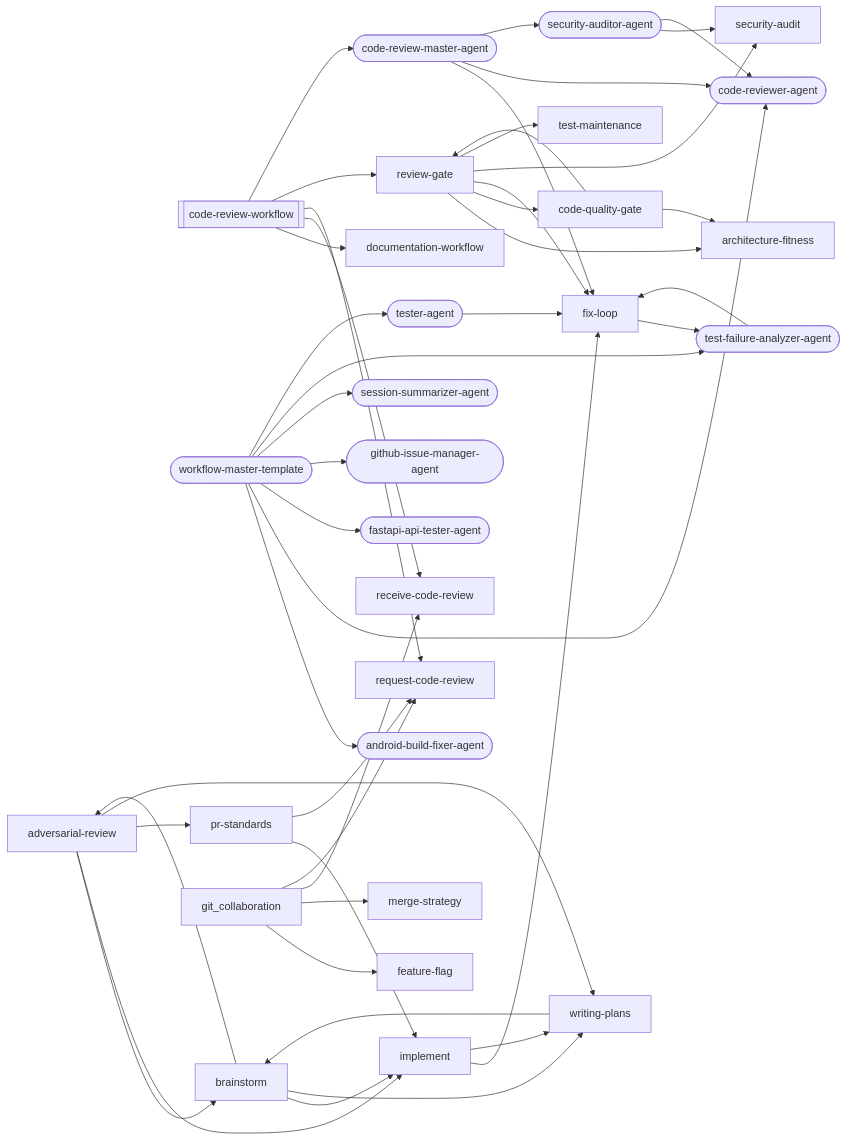
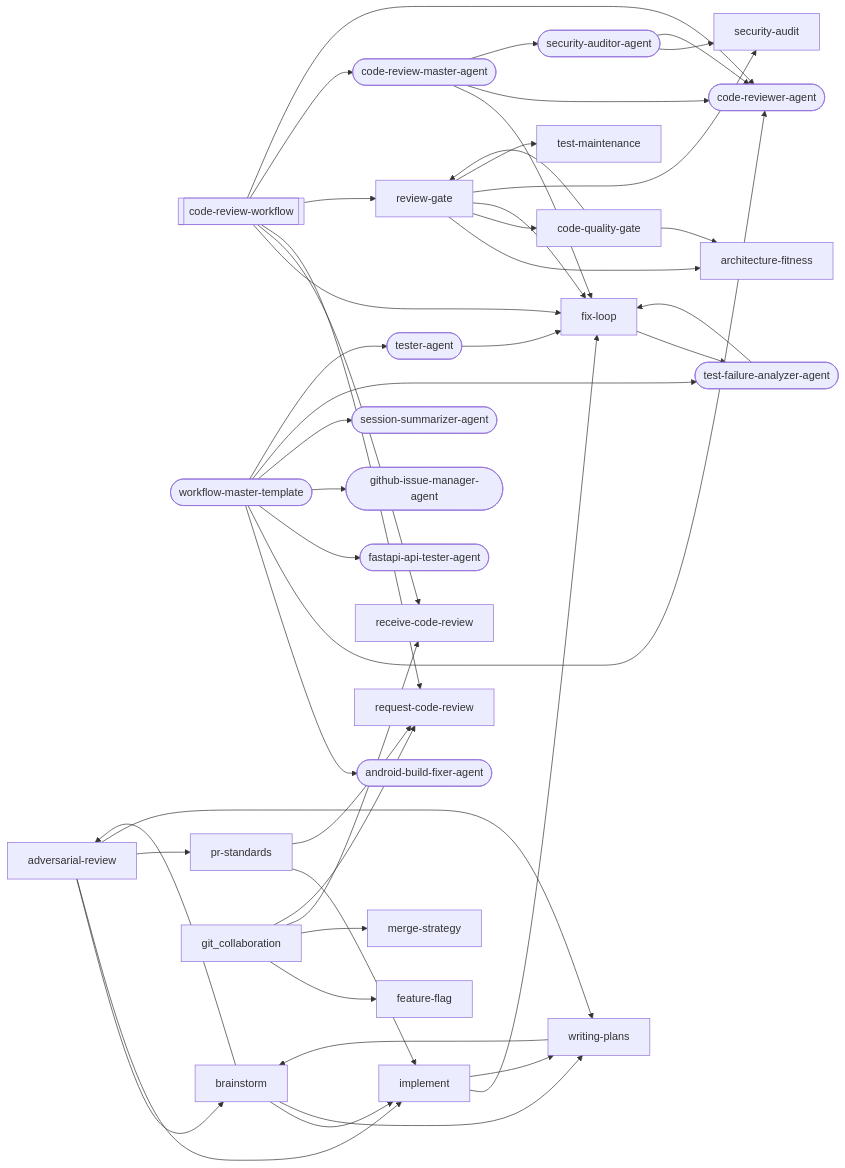
The third of 20 diagrams in docs/workflows/code-review.md (abhayla/claude-best-practices), drawn with Mermaid before and after one commit. The commit also changed other lines of this file and 12 other files, not shown here.

````diff
--- a/docs/workflows/code-review.md
+++ b/docs/workflows/code-review.md
@@ -480,73 +508,73 @@
 ```mermaid
 graph LR
     code_review_workflow[["code-review-workflow"]]
     workflow_master_template(["workflow-master-template"])
     adversarial_review["adversarial-review"]
     android_build_fixer_agent(["android-build-fixer-agent"])
     architecture_fitness["architecture-fitness"]
     brainstorm["brainstorm"]
     code_quality_gate["code-quality-gate"]
     code_review_master_agent(["code-review-master-agent"])
     code_reviewer_agent(["code-reviewer-agent"])
-    documentation_workflow["documentation-workflow"]
     fastapi_api_tester_agent(["fastapi-api-tester-agent"])
     feature_flag["feature-flag"]
     fix_loop["fix-loop"]
     github_issue_manager_agent(["github-issue-manager-agent"])
     implement["implement"]
     merge_strategy["merge-strategy"]
     pr_standards["pr-standards"]
     receive_code_review["receive-code-review"]
     request_code_review["request-code-review"]
     review_gate["review-gate"]
     security_audit["security-audit"]
     security_auditor_agent(["security-auditor-agent"])
     session_summarizer_agent(["session-summarizer-agent"])
     test_failure_analyzer_agent(["test-failure-analyzer-agent"])
     test_maintenance["test-maintenance"]
     tester_agent(["tester-agent"])
     writing_plans["writing-plans"]
     adversarial_review --> brainstorm
     adversarial_review --> implement
     adversarial_review --> pr_standards
     adversarial_review --> writing_plans
     brainstorm --> adversarial_review
     brainstorm --> implement
     brainstorm --> writing_plans
     code_quality_gate --> architecture_fitness
     code_quality_gate --> review_gate
-    code_review_workflow --> documentation_workflow
+    code_review_workflow --> fix_loop
     code_review_workflow --> receive_code_review
     code_review_workflow --> request_code_review
     code_review_workflow --> review_gate
     code_review_workflow --> code_review_master_agent
+    code_review_workflow --> code_reviewer_agent
     fix_loop --> test_failure_analyzer_agent
     implement --> fix_loop
     implement --> writing_plans
     pr_standards --> implement
     pr_standards --> request_code_review
     review_gate --> architecture_fitness
     review_gate --> code_quality_gate
     review_gate --> fix_loop
     review_gate --> security_audit
     review_gate --> test_maintenance
     writing_plans --> brainstorm
     code_review_master_agent --> fix_loop
     code_review_master_agent --> code_reviewer_agent
     code_review_master_agent --> security_auditor_agent
     security_auditor_agent --> security_audit
     security_auditor_agent --> code_reviewer_agent
     test_failure_analyzer_agent --> fix_loop
     tester_agent --> fix_loop
     workflow_master_template --> android_build_fixer_agent
     workflow_master_template --> code_reviewer_agent
     workflow_master_template --> fastapi_api_tester_agent
     workflow_master_template --> github_issue_manager_agent
     workflow_master_template --> session_summarizer_agent
     workflow_master_template --> test_failure_analyzer_agent
     workflow_master_template --> tester_agent
     git_collaboration --> feature_flag
     git_collaboration --> merge_strategy
     git_collaboration --> receive_code_review
     git_collaboration --> request_code_review
 ```
````
